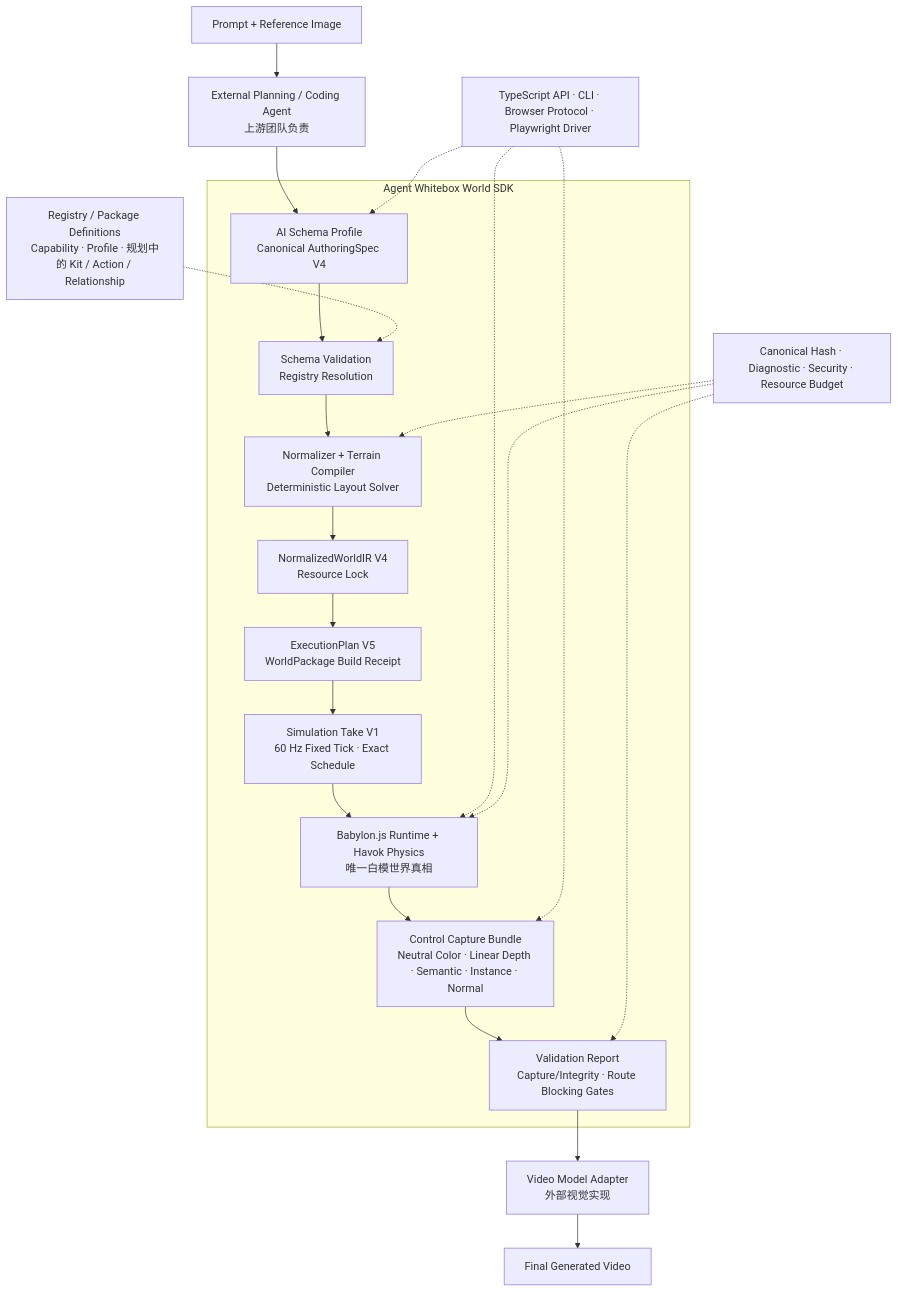
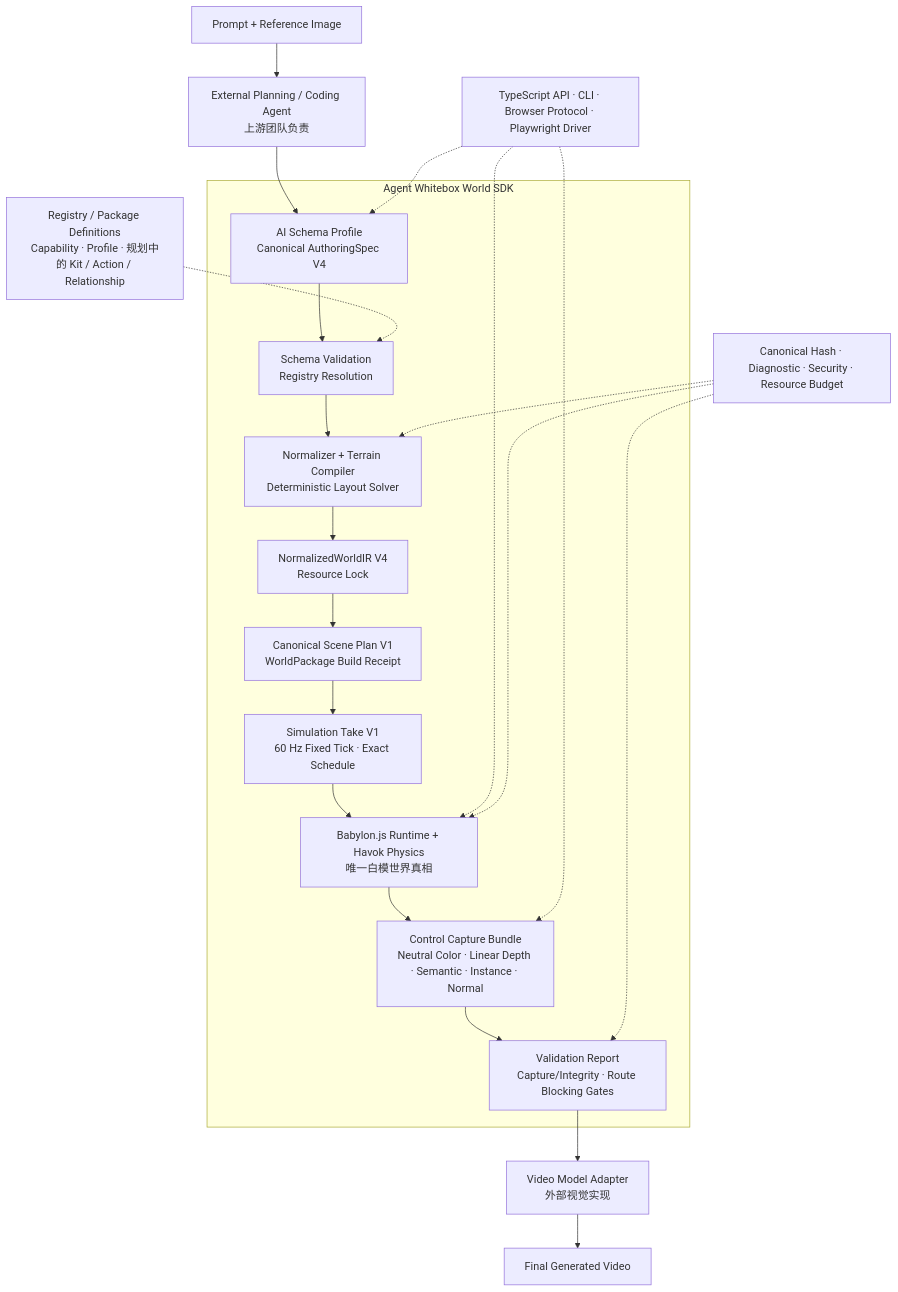
Before and after one commit to Gjh829803/ceshi: the diagram in README.md, drawn with Mermaid. The commit also changed other lines of this file and 92 other files, not shown here.

````diff
--- a/README.md
+++ b/README.md
@@ -38,30 +38,30 @@
 ```mermaid
 flowchart TB
     INPUT["Prompt + Reference Image"] --> AGENT["External Planning / Coding Agent<br/>上游团队负责"]
 
     subgraph SDK["Agent Whitebox World SDK"]
         AUTHOR["AI Schema Profile<br/>Canonical AuthoringSpec V4"]
         VALIDATE["Schema Validation<br/>Registry Resolution"]
         COMPILE["Normalizer + Terrain Compiler<br/>Deterministic Layout Solver"]
         IR["NormalizedWorldIR V4<br/>Resource Lock"]
-        PACKAGE["ExecutionPlan V5<br/>WorldPackage Build Receipt"]
+        PACKAGE["Canonical Scene Plan V1<br/>WorldPackage Build Receipt"]
         TAKE["Simulation Take V1<br/>60 Hz Fixed Tick · Exact Schedule"]
         RUNTIME["Babylon.js Runtime + Havok Physics<br/>唯一白模世界真相"]
         CAPTURE["Control Capture Bundle<br/>Neutral Color · Linear Depth · Semantic · Instance · Normal"]
         REPORT["Validation Report<br/>Capture/Integrity · Route Blocking Gates"]
 
         AUTHOR --> VALIDATE --> COMPILE --> IR --> PACKAGE --> TAKE --> RUNTIME --> CAPTURE --> REPORT
     end
 
     AGENT --> AUTHOR
 
     LEGO["Registry / Package Definitions<br/>Capability · Profile · 规划中的 Kit / Action / Relationship"] -.-> VALIDATE
     TOOLING["TypeScript API · CLI · Browser Protocol · Playwright Driver"] -.-> AUTHOR
     TOOLING -.-> RUNTIME
     TOOLING -.-> CAPTURE
     FOUNDATION["Canonical Hash · Diagnostic · Security · Resource Budget"] -.-> COMPILE
     FOUNDATION -.-> RUNTIME
     FOUNDATION -.-> REPORT
 
     REPORT --> ADAPTER["Video Model Adapter<br/>外部视觉实现"] --> VIDEO["Final Generated Video"]
 ```
````
